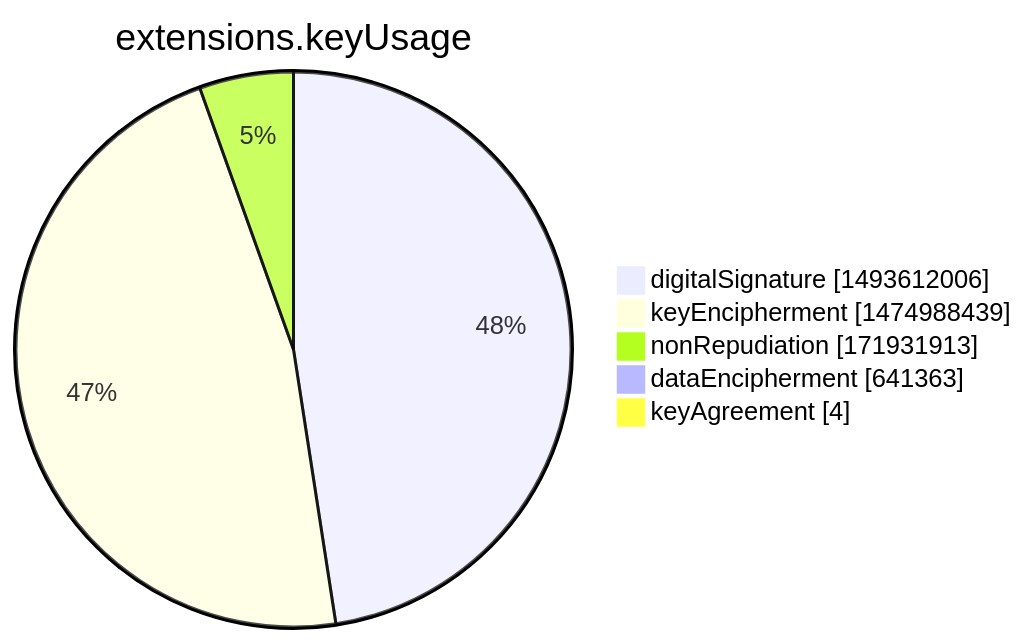
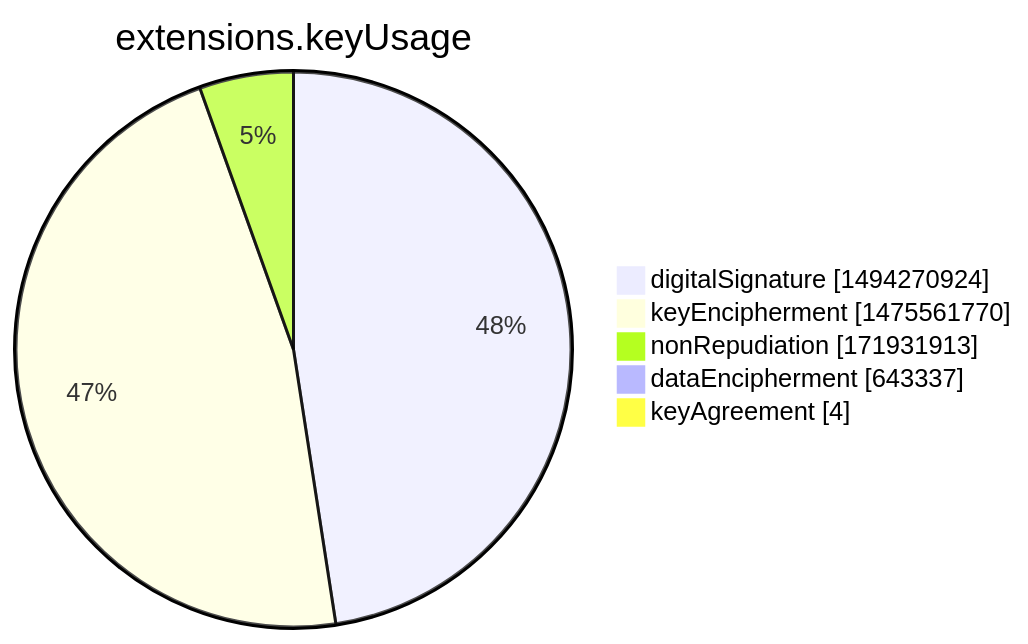
One commit to christiankrug/ctmonitor_visualization changed the seventh of 15 diagrams in argon2022/README.md. Above: the diagram before and after it, drawn with Mermaid. The commit also changed other lines of this file, not shown here.

````diff
--- a/argon2022/README.md
+++ b/argon2022/README.md
@@ -2751,9 +2751,9 @@
 ```mermaid
 pie showData
 title extensions.keyUsage
-"digitalSignature" :1493612006
-"keyEncipherment" :1474988439
+"digitalSignature" :1494270924
+"keyEncipherment" :1475561770
 "nonRepudiation" :171931913
-"dataEncipherment" :641363
+"dataEncipherment" :643337
 "keyAgreement" :4
 ```
````
